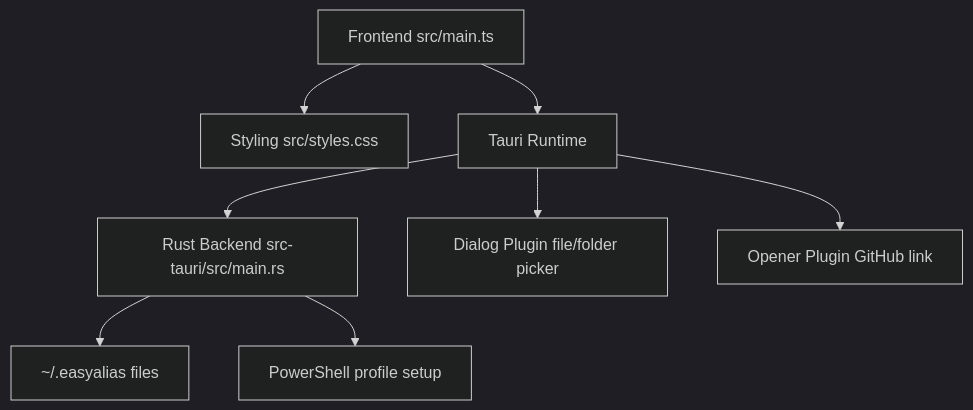
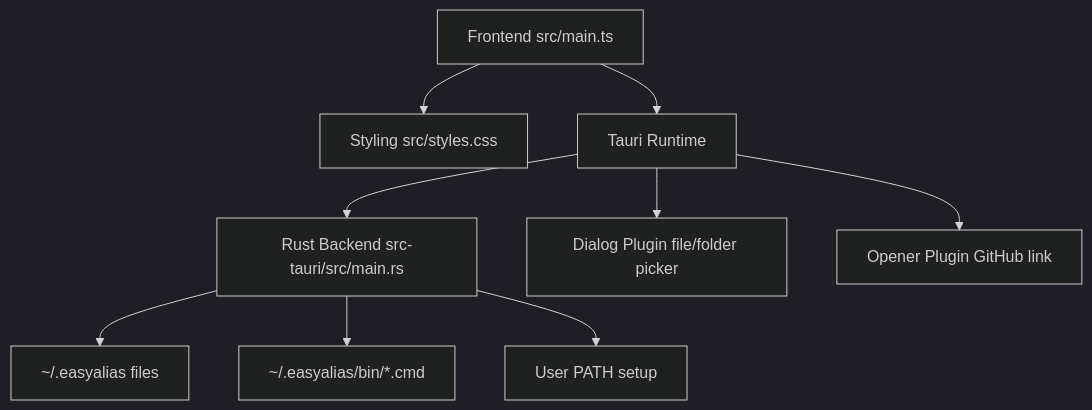
Before and after one commit to hannesgnann-hub/easyalias: the first of 7 diagrams in windows_src/docs/ARCHITECTURE.md, drawn with Mermaid (dark theme). The commit also changed other lines of this file and 5 other files, not shown here.

````diff
--- a/windows_src/docs/ARCHITECTURE.md
+++ b/windows_src/docs/ARCHITECTURE.md
@@ -20,19 +20,21 @@
 ```mermaid
 flowchart TB
   UI["Frontend src/main.ts"]
   CSS["Styling src/styles.css"]
   Tauri["Tauri Runtime"]
   Rust["Rust Backend src-tauri/src/main.rs"]
   Dialog["Dialog Plugin file/folder picker"]
   Opener["Opener Plugin GitHub link"]
   Files["~/.easyalias files"]
-  Profile["PowerShell profile setup"]
+  Bin["~/.easyalias/bin/*.cmd"]
+  Path["User PATH setup"]
 
   UI --> CSS
   UI --> Tauri
   Tauri --> Rust
   Tauri --> Dialog
   Tauri --> Opener
   Rust --> Files
-  Rust --> Profile
+  Rust --> Bin
+  Rust --> Path
 ```
````
